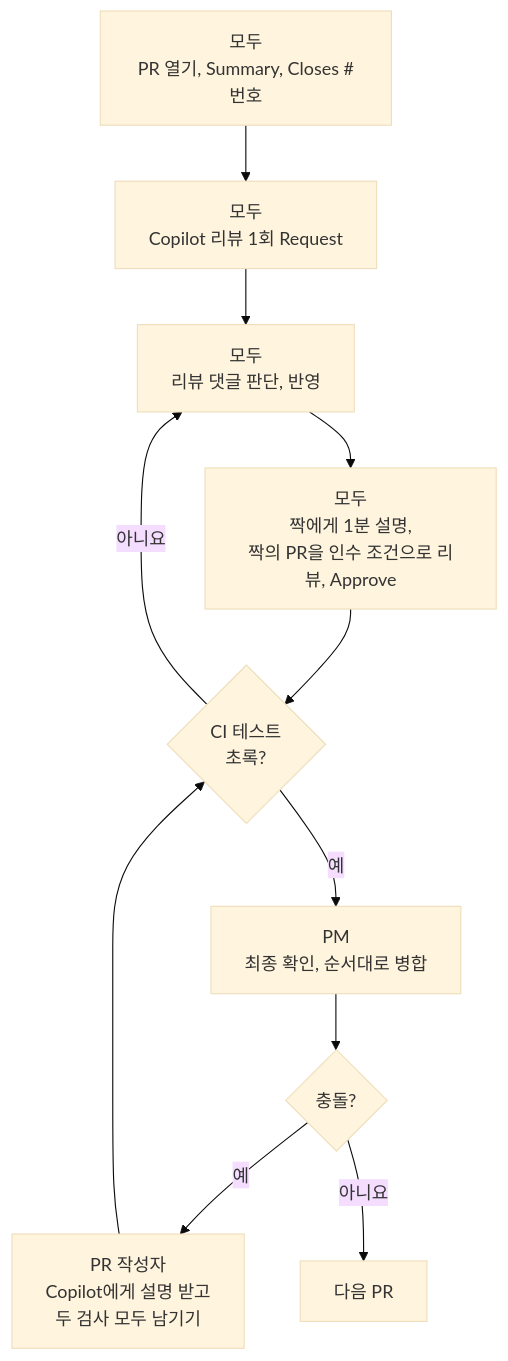
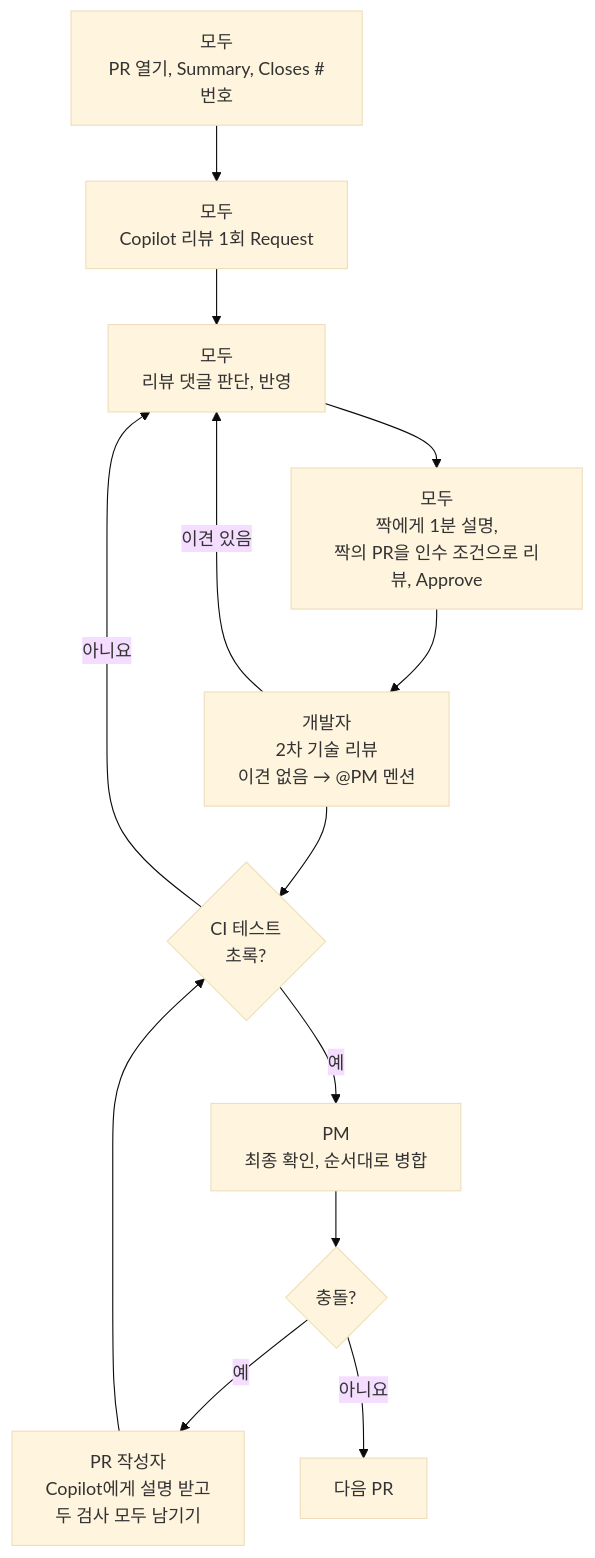
One commit to skilleat-labs/github-300-lab changed the diagram in docs/class6/mission-1.md. Above: the diagram before and after it, drawn with Mermaid (base theme). The commit also changed other lines of this file and 3 other files, not shown here.

````diff
--- a/docs/class6/mission-1.md
+++ b/docs/class6/mission-1.md
@@ -18,13 +19,15 @@
 ```mermaid
 flowchart TB
     A["모두<br/>PR 열기, Summary, Closes #번호"] --> B["모두<br/>Copilot 리뷰 1회 Request"]
     B --> C["모두<br/>리뷰 댓글 판단, 반영"]
     C --> D["모두<br/>짝에게 1분 설명,<br/>짝의 PR을 인수 조건으로 리뷰, Approve"]
-    D --> E{"CI 테스트<br/>초록?"}
+    D --> D2["개발자<br/>2차 기술 리뷰<br/>이견 없음 → @PM 멘션"]
+    D2 -->|이견 있음| C
+    D2 --> E{"CI 테스트<br/>초록?"}
     E -->|아니요| C
     E -->|예| F["PM<br/>최종 확인, 순서대로 병합"]
     F --> G{"충돌?"}
     G -->|예| H["PR 작성자<br/>Copilot에게 설명 받고<br/>두 검사 모두 남기기"]
     H --> E
     G -->|아니요| I["다음 PR"]
 ```
````
